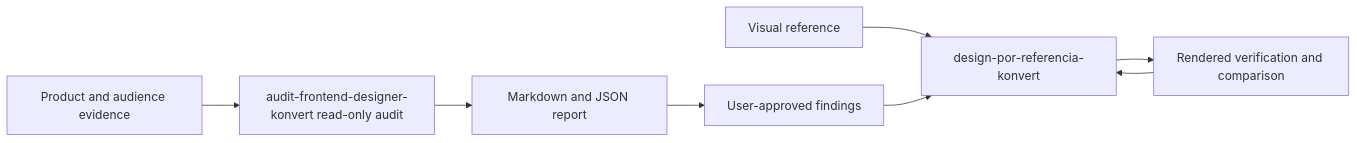
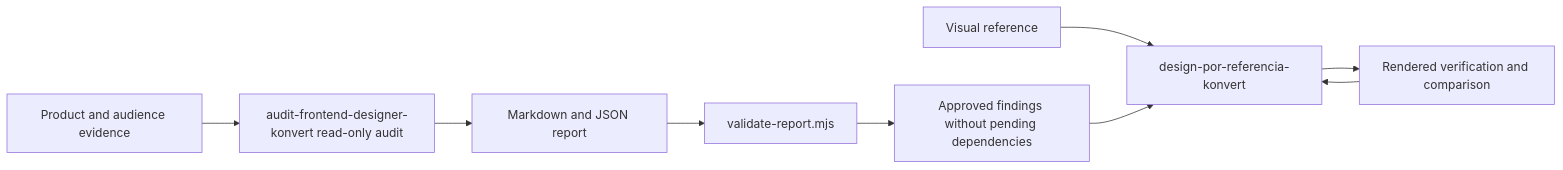
One commit to andreischuaste12-ctrl/frontend-designer-konvert changed the diagram in docs/architecture.md. Above: the diagram before and after it, drawn with Mermaid. The commit also changed other lines of this file and 48 other files, not shown here.

````diff
--- a/docs/architecture.md
+++ b/docs/architecture.md
@@ -5,10 +5,11 @@
 ```mermaid
 flowchart LR
   A[Product and audience evidence] --> B[audit-frontend-designer-konvert read-only audit]
   B --> C[Markdown and JSON report]
-  C --> D[User-approved findings]
+  C --> V[validate-report.mjs]
+  V --> D[Approved findings without pending dependencies]
   R[Visual reference] --> E[design-por-referencia-konvert]
   D --> E
   E --> F[Rendered verification and comparison]
   F --> E
 ```
````
